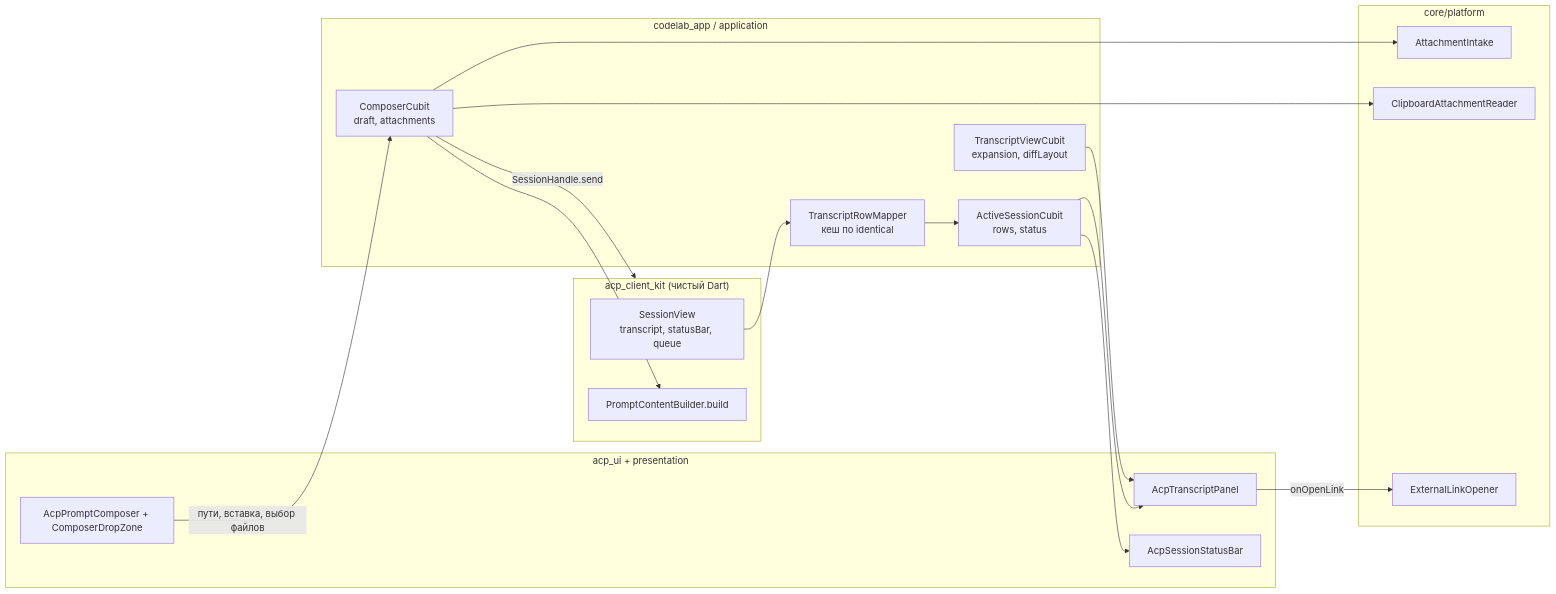
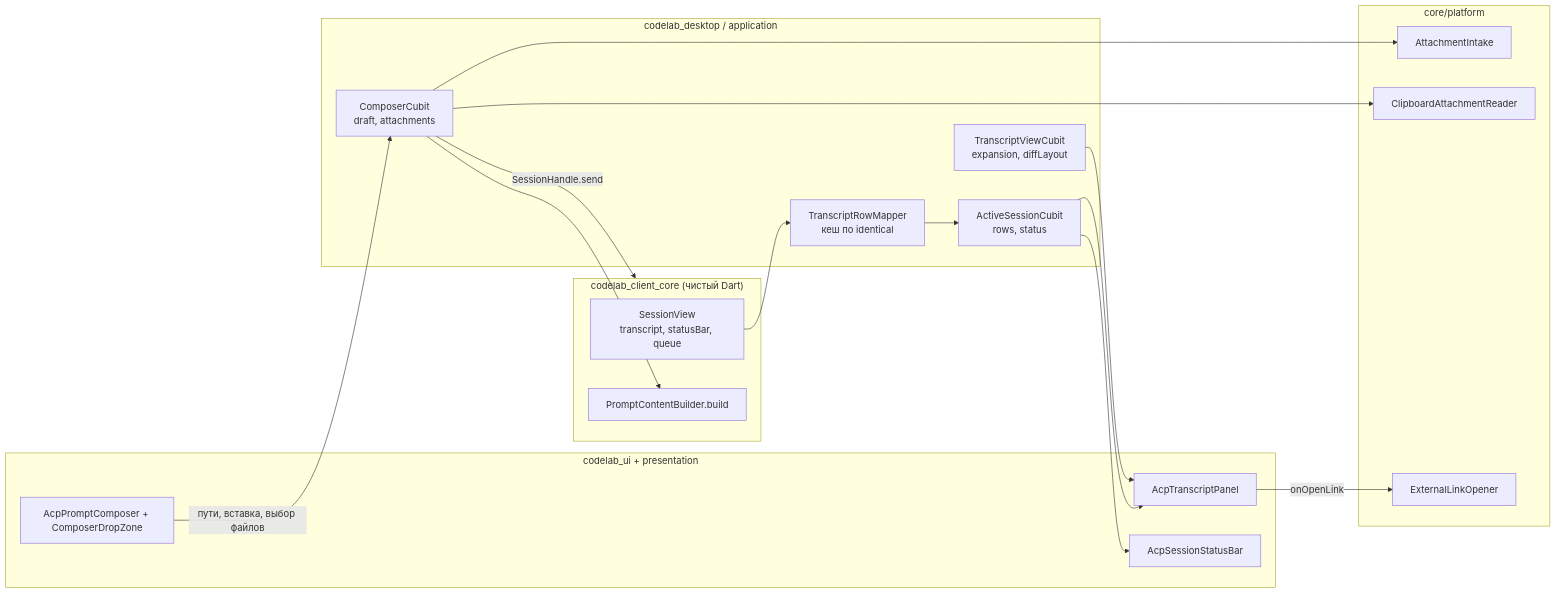
One commit to pese-git/codelab-app changed the first of 3 diagrams in docs/architecture/proposals/dart-agent-and-clients/12-3-desktop-display.md. Above: the diagram before and after it, drawn with Mermaid. The commit also changed other lines of this file and 608 other files, not shown here.

First line of the commit message:
refactor: переименовать пакеты по схеме codelab_<сторона>_<слой> (ADR-0002)

````diff
--- a/docs/architecture/proposals/dart-agent-and-clients/12-3-desktop-display.md
+++ b/docs/architecture/proposals/dart-agent-and-clients/12-3-desktop-display.md
@@ -75,32 +75,32 @@
 ```mermaid
 flowchart LR
-    subgraph Kit["acp_client_kit (чистый Dart)"]
+    subgraph Kit["codelab_client_core (чистый Dart)"]
         SV["SessionView<br/>transcript, statusBar, queue"]
         PAD["PromptContentBuilder.build"]
     end
-    subgraph App["codelab_app / application"]
+    subgraph App["codelab_desktop / application"]
         MAP["TranscriptRowMapper<br/>кеш по identical"]
         ASC["ActiveSessionCubit<br/>rows, status"]
         TVC["TranscriptViewCubit<br/>expansion, diffLayout"]
         CC["ComposerCubit<br/>draft, attachments"]
     end
     subgraph Infra["core/platform"]
         AI["AttachmentIntake"]
         CR["ClipboardAttachmentReader"]
         LO["ExternalLinkOpener"]
     end
-    subgraph UI["acp_ui + presentation"]
+    subgraph UI["codelab_ui + presentation"]
         TP["AcpTranscriptPanel"]
         SB["AcpSessionStatusBar"]
         PC["AcpPromptComposer + ComposerDropZone"]
     end
     SV --> MAP --> ASC --> TP
     ASC --> SB
     TVC --> TP
     PC -- "пути, вставка, выбор файлов" --> CC
     CC --> AI
     CC --> CR
     CC --> PAD
     CC -- "SessionHandle.send" --> Kit
     TP -- "onOpenLink" --> LO
 ```
````
